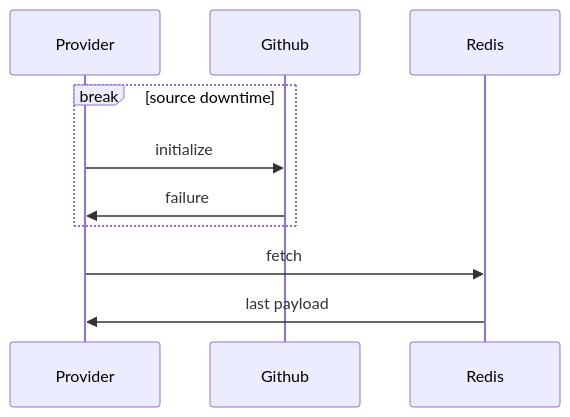
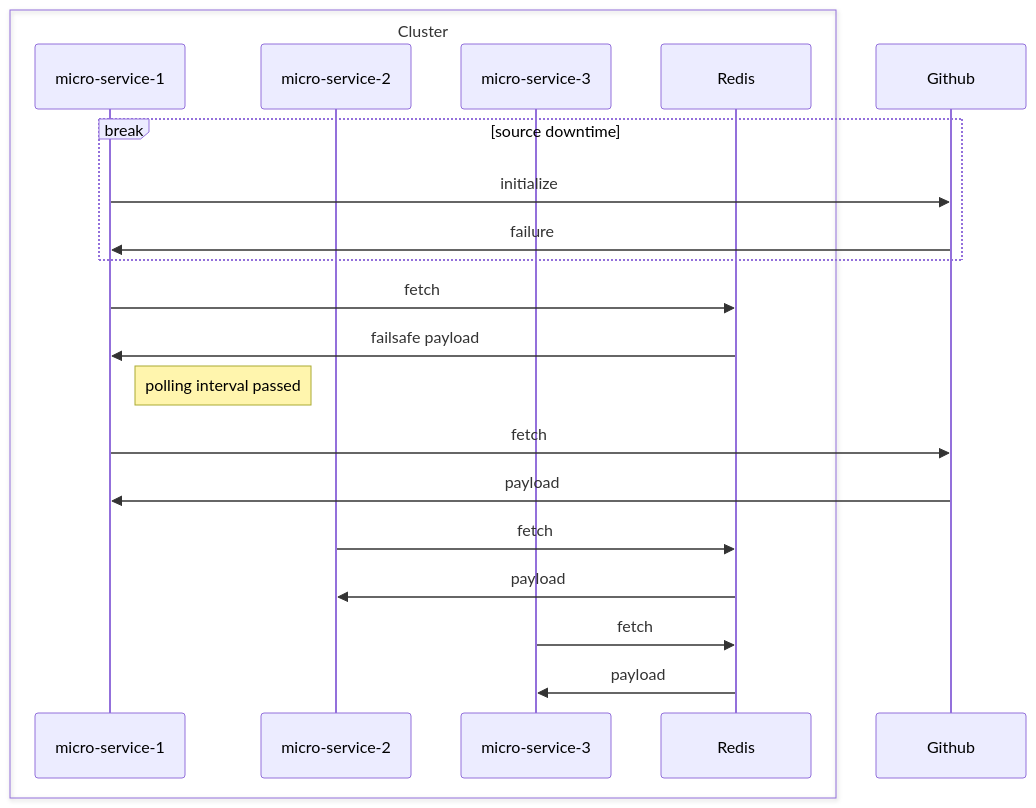
One commit to open-feature/java-sdk-contrib changed the diagram in tools/flagd-http-connector/README.md. Above: the diagram before and after it, drawn with Mermaid. The commit also changed other lines of this file and 7 other files, not shown here.

````diff
--- a/tools/flagd-http-connector/README.md
+++ b/tools/flagd-http-connector/README.md
@@ -34,14 +44,25 @@
 ```mermaid
 sequenceDiagram
-    participant Provider
+    box Cluster
+    participant micro-service-1
+    participant micro-service-2
+    participant micro-service-3
+    participant Redis
+    end
     participant Github
-    participant Redis
     
     break source downtime
-        Provider->>Github: initialize
-        Github->>Provider: failure
+    micro-service-1->>Github: initialize
+    Github->>micro-service-1: failure
     end
-    Provider->>Redis: fetch
-    Redis->>Provider: last payload
+    micro-service-1->>Redis: fetch
+    Redis->>micro-service-1: failsafe payload
+    Note right of micro-service-1: polling interval passed
+    micro-service-1->>Github: fetch
+    Github->>micro-service-1: payload
+    micro-service-2->>Redis: fetch
+    Redis->>micro-service-2: payload
+    micro-service-3->>Redis: fetch
+    Redis->>micro-service-3: payload
 
 ```
````
